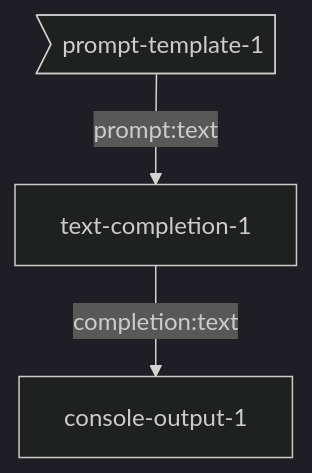
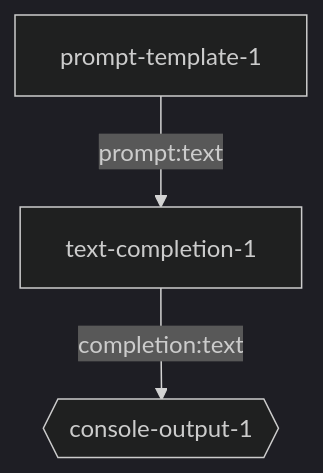
One commit to breadboard-ai/breadboard changed the diagram in seeds/graph-playground/docs/graphs/auto-simple-prompt.md. Above: the diagram before and after it, drawn with Mermaid (dark theme). The commit also changed 11 other files, not shown here.

Commit message:
[graph-playground] Update diagrams.

````diff
--- a/seeds/graph-playground/docs/graphs/auto-simple-prompt.md
+++ b/seeds/graph-playground/docs/graphs/auto-simple-prompt.md
@@ -4,5 +4,5 @@
 ```mermaid
 graph TD;
-prompt-template-1>prompt-template-1] -- prompt:text --> text-completion-1
-text-completion-1 -- completion:text --> console-output-1
+prompt-template-1 -- prompt:text --> text-completion-1
+text-completion-1 -- completion:text --> console-output-1{{console-output-1}}
 ```
````
